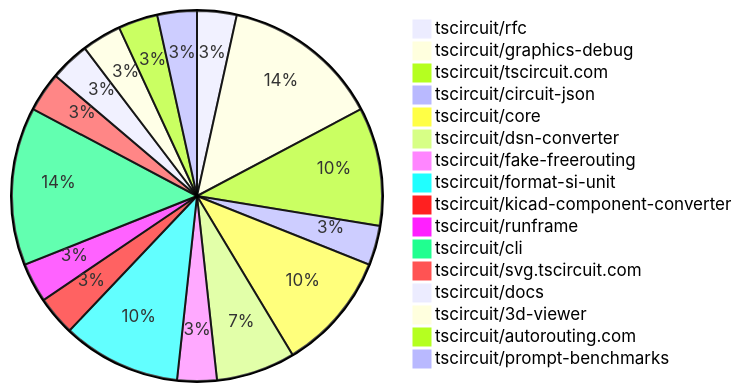
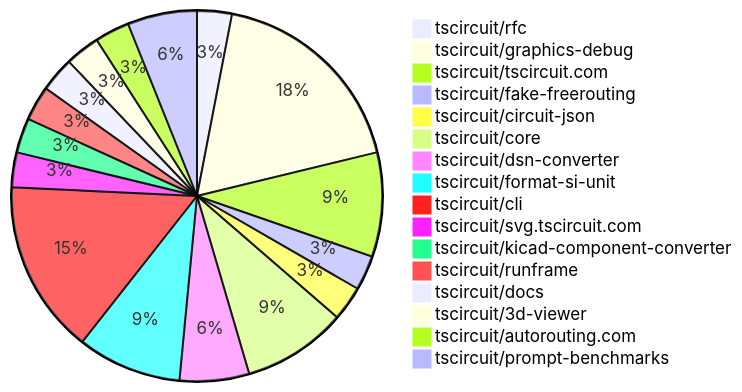
The diagram in README.md (tscircuit/contribution-tracker), drawn with Mermaid before and after one commit. The commit also changed other lines of this file and 2 other files, not shown here.

````diff
--- a/README.md
+++ b/README.md
@@ -24,19 +24,19 @@
 ```mermaid
 pie
     "tscircuit/rfc" : 1
-    "tscircuit/graphics-debug" : 4
+    "tscircuit/graphics-debug" : 6
     "tscircuit/tscircuit.com" : 3
+    "tscircuit/fake-freerouting" : 1
     "tscircuit/circuit-json" : 1
     "tscircuit/core" : 3
     "tscircuit/dsn-converter" : 2
-    "tscircuit/fake-freerouting" : 1
     "tscircuit/format-si-unit" : 3
+    "tscircuit/cli" : 5
+    "tscircuit/svg.tscircuit.com" : 1
     "tscircuit/kicad-component-converter" : 1
     "tscircuit/runframe" : 1
-    "tscircuit/cli" : 4
-    "tscircuit/svg.tscircuit.com" : 1
     "tscircuit/docs" : 1
     "tscircuit/3d-viewer" : 1
     "tscircuit/autorouting.com" : 1
-    "tscircuit/prompt-benchmarks" : 1
+    "tscircuit/prompt-benchmarks" : 2
 ```
````
